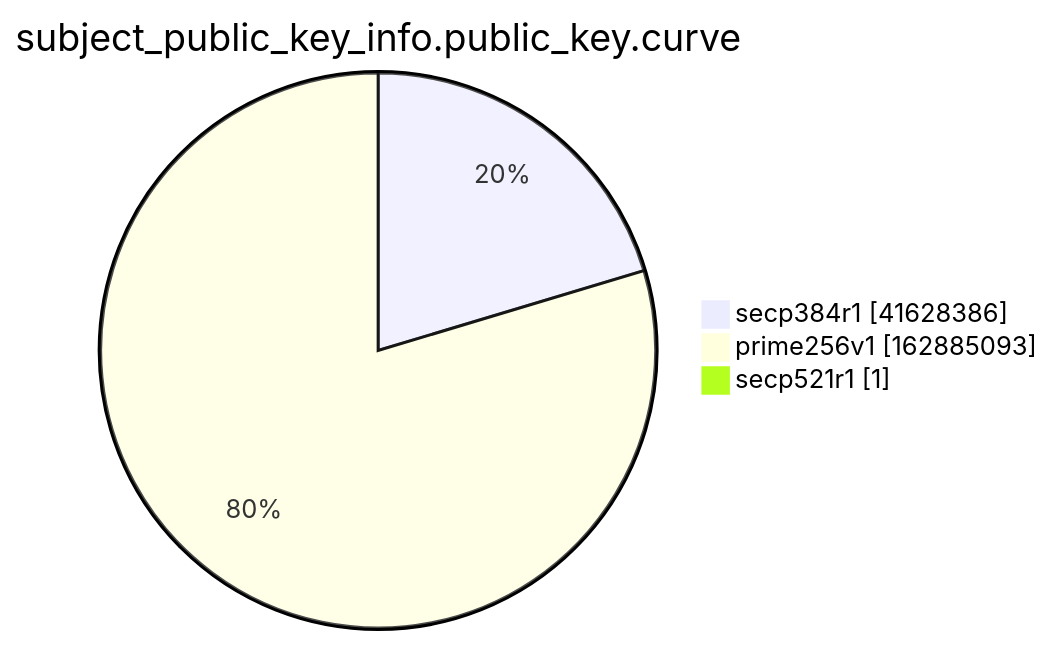
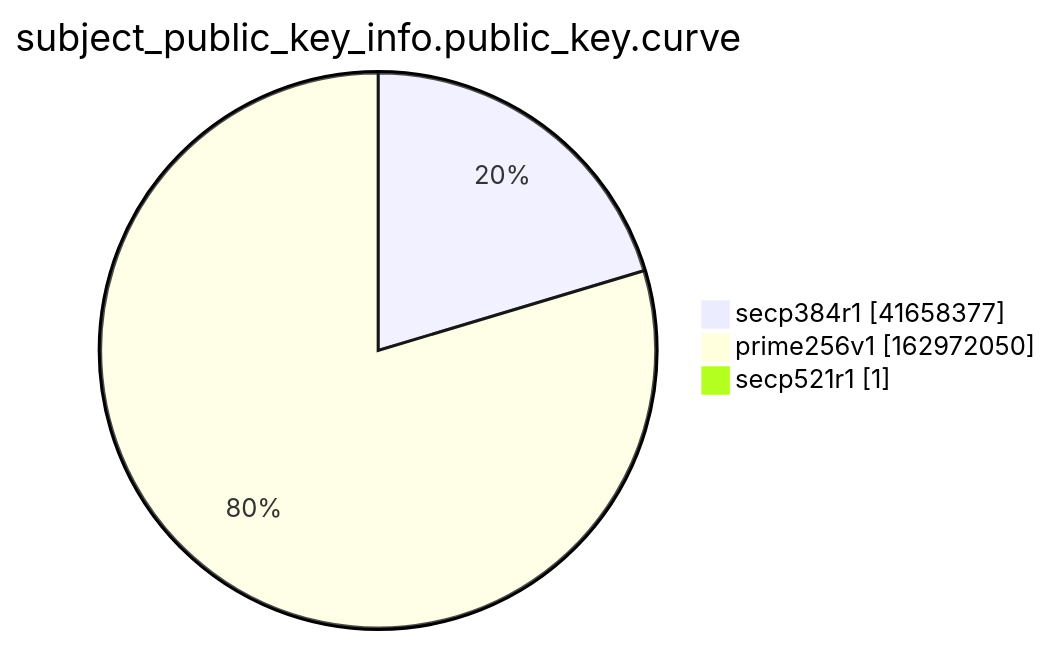
The ninth of 15 diagrams in xenon2022/README.md (christiankrug/ctmonitor_visualization), drawn with Mermaid before and after one commit. The commit also changed other lines of this file, not shown here.

````diff
--- a/xenon2022/README.md
+++ b/xenon2022/README.md
@@ -2868,7 +2868,7 @@
 ```mermaid
 pie showData
 title subject_public_key_info.public_key.curve
-"secp384r1" :41628386
-"prime256v1" :162885093
+"secp384r1" :41658377
+"prime256v1" :162972050
 "secp521r1" :1
 ```
````
